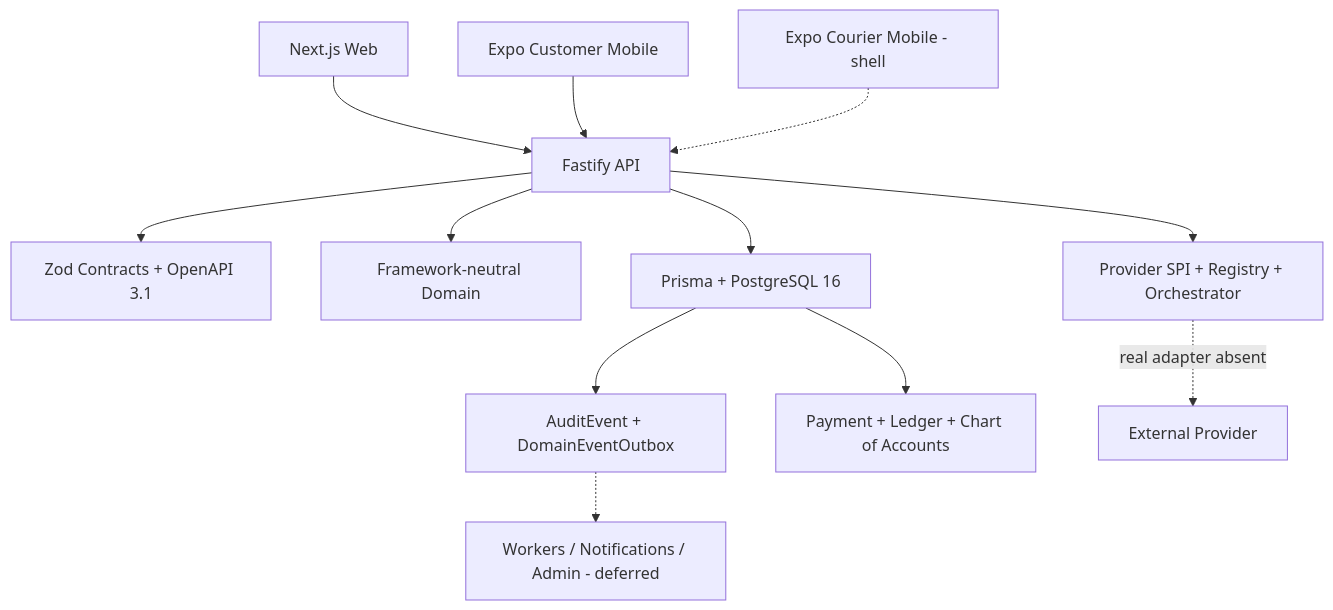
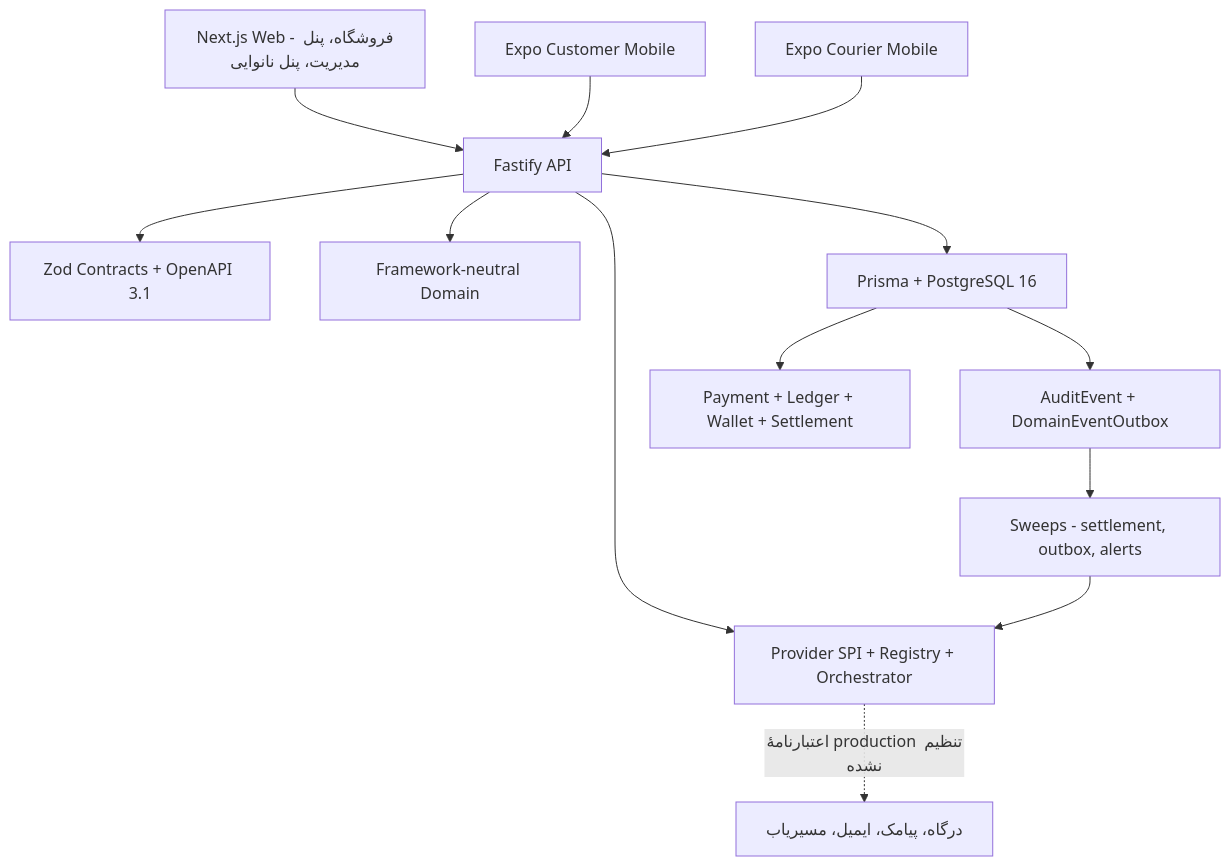
The second of 7 diagrams in README.md (tecpey/---Alo-Noon), drawn with Mermaid before and after one commit. The commit also changed other lines of this file and 475 other files, not shown here.

Commit message:
fix(payments): wire payment execution service into the production server (#38)

````diff
--- a/README.md
+++ b/README.md
@@ -152,26 +153,27 @@
 ```mermaid
 flowchart TB
-  Web[Next.js Web]
+  Web[Next.js Web - فروشگاه، پنل مدیریت، پنل نانوایی]
   CustomerMobile[Expo Customer Mobile]
-  CourierMobile[Expo Courier Mobile - shell]
+  CourierMobile[Expo Courier Mobile]
   API[Fastify API]
   Contracts[Zod Contracts + OpenAPI 3.1]
   Domain[Framework-neutral Domain]
   DB[Prisma + PostgreSQL 16]
   Audit[AuditEvent + DomainEventOutbox]
-  Finance[Payment + Ledger + Chart of Accounts]
+  Finance[Payment + Ledger + Wallet + Settlement]
   Provider[Provider SPI + Registry + Orchestrator]
-  Future[Workers / Notifications / Admin - deferred]
+  Sweeps[Sweeps - settlement, outbox, alerts]
 
   Web --> API
   CustomerMobile --> API
-  CourierMobile -.-> API
+  CourierMobile --> API
   API --> Contracts
   API --> Domain
   API --> DB
   DB --> Audit
   DB --> Finance
   API --> Provider
-  Provider -.->|real adapter absent| External[External Provider]
-  Audit -.-> Future
+  Provider -.->|اعتبارنامهٔ production تنظیم نشده| External[درگاه، پیامک، ایمیل، مسیریاب]
+  Audit --> Sweeps
+  Sweeps --> Provider
 ```
````
